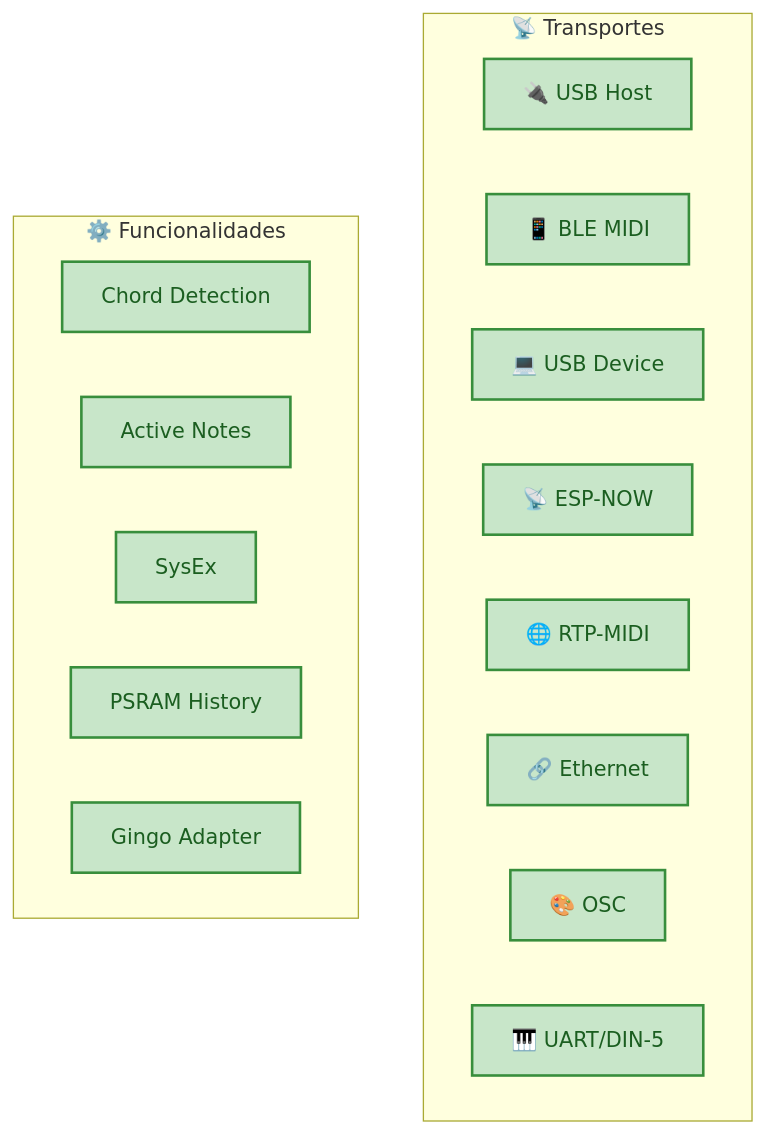
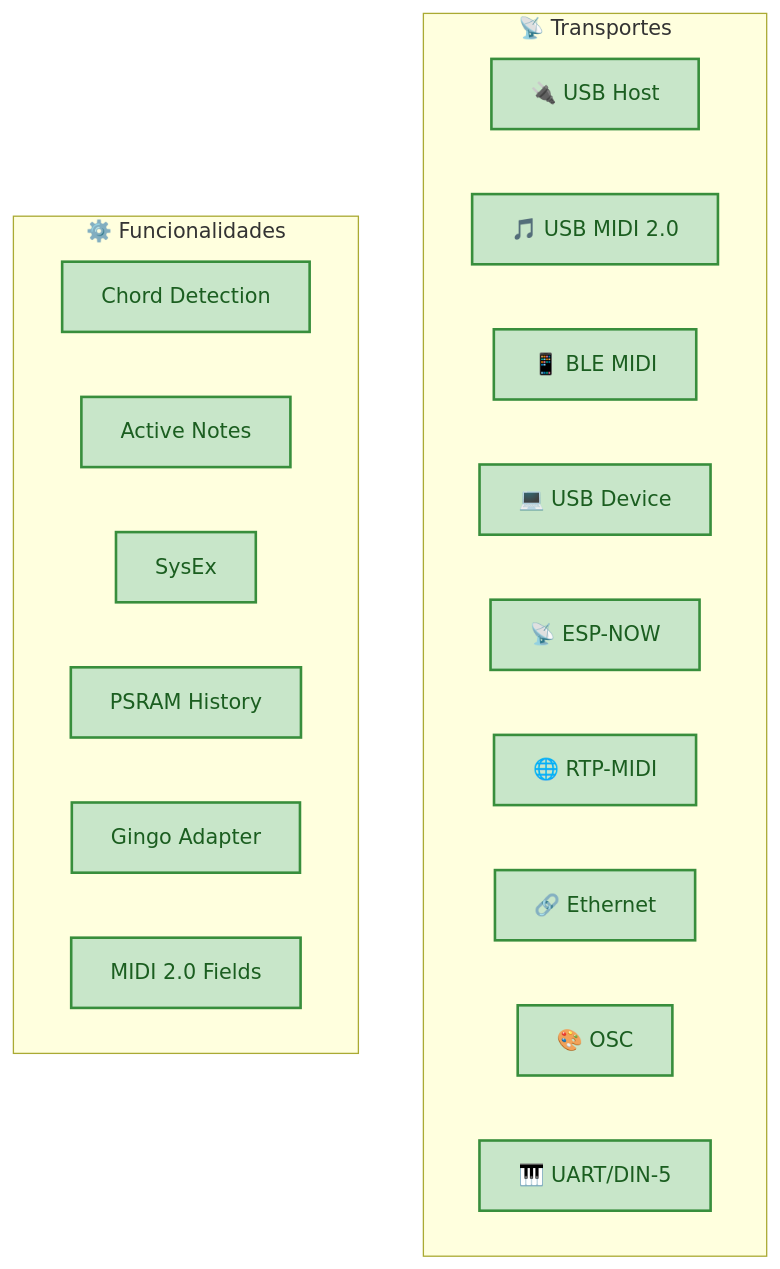
Before and after one commit to sauloverissimo/ESP32_Host_MIDI: the diagram in docs/roadmap.md, drawn with Mermaid. The commit also changed other lines of this file and 22 other files, not shown here.

````diff
--- a/docs/roadmap.md
+++ b/docs/roadmap.md
@@ -11,26 +11,28 @@
 ```mermaid
 graph TD
     classDef done fill:#C8E6C9,color:#1B5E20,stroke:#388E3C,stroke-width:2px
     classDef feat fill:#B3E5FC,color:#01579B,stroke:#0288D1,stroke-width:2px
 
     subgraph T["📡 Transportes"]
         direction LR
         USB["🔌 USB Host"]:::done
+        USBM2["🎵 USB MIDI 2.0"]:::done
         BLE["📱 BLE MIDI"]:::done
         USBDEV["💻 USB Device"]:::done
         ESPNOW["📡 ESP-NOW"]:::done
         RTP["🌐 RTP-MIDI"]:::done
         ETH["🔗 Ethernet"]:::done
         OSC["🎨 OSC"]:::done
         UART["🎹 UART/DIN-5"]:::done
     end
 
     subgraph F["⚙️ Funcionalidades"]
         direction LR
         CHORD["Chord Detection"]:::done
         ACTIVE["Active Notes"]:::done
         SYSEX["SysEx"]:::done
         HIST["PSRAM History"]:::done
         GINGO["Gingo Adapter"]:::done
+        MIDI2["MIDI 2.0 Fields"]:::done
     end
 ```
````
